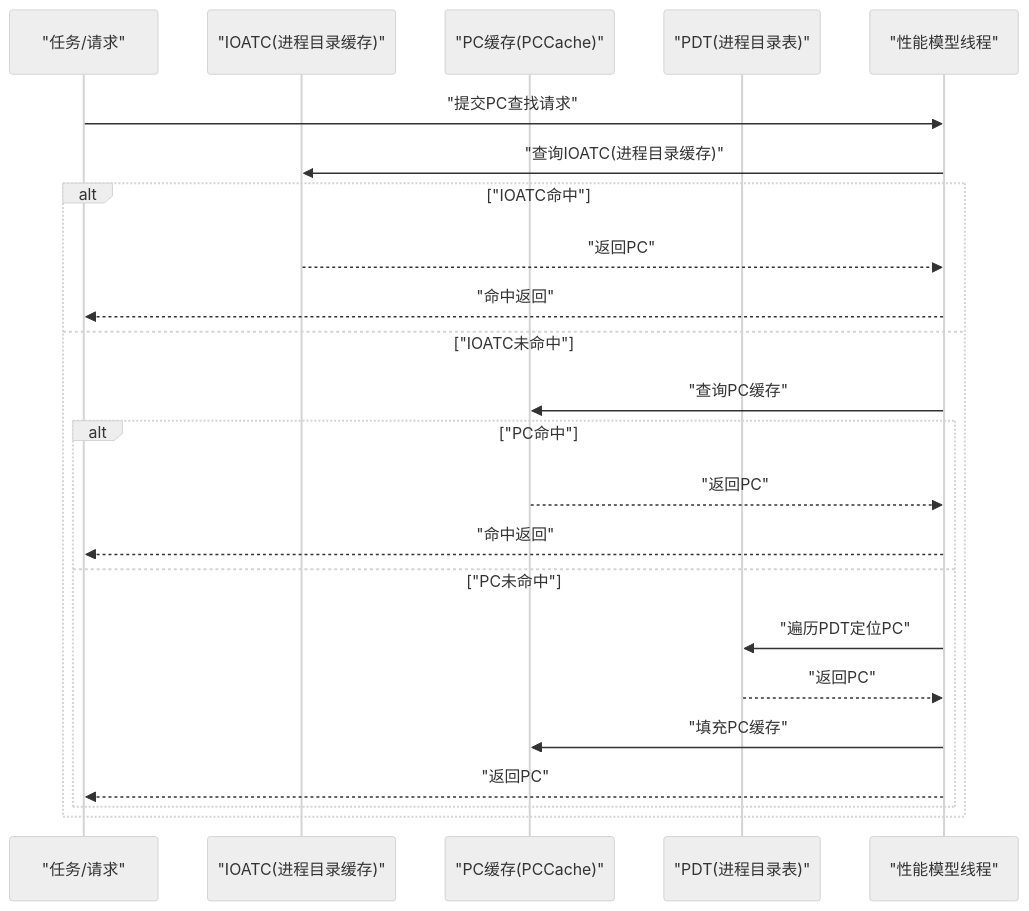
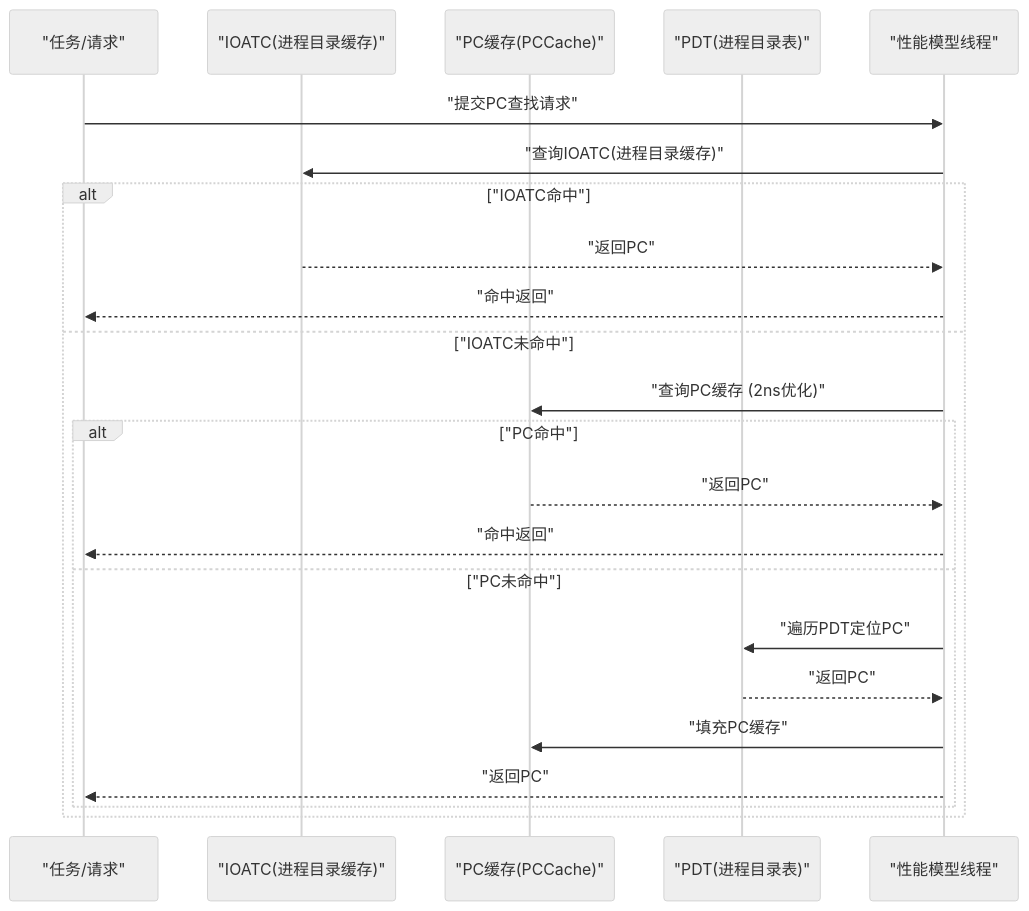
One commit to jiangjiang1122/iommu_model_20260401_v1 changed the second of 6 diagrams in .qoder/repowiki/zh/content/缓存系统/PC缓存（进程上下文缓存）.md. Above: the diagram before and after it, drawn with Mermaid (neutral theme). The commit also changed other lines of this file and 55 other files, not shown here.

````diff
--- a/.qoder/repowiki/zh/content/缓存系统/PC缓存（进程上下文缓存）.md
+++ b/.qoder/repowiki/zh/content/缓存系统/PC缓存（进程上下文缓存）.md
@@ -120,25 +121,25 @@
 ```mermaid
 sequenceDiagram
 participant T as "任务/请求"
 participant IOATC as "IOATC(进程目录缓存)"
 participant PC as "PC缓存(PCCache)"
 participant PDT as "PDT(进程目录表)"
 participant PM as "性能模型线程"
 T->>PM : "提交PC查找请求"
 PM->>IOATC : "查询IOATC(进程目录缓存)"
 alt "IOATC命中"
 IOATC-->>PM : "返回PC"
 PM-->>T : "命中返回"
 else "IOATC未命中"
-PM->>PC : "查询PC缓存"
+PM->>PC : "查询PC缓存 (2ns优化)"
 alt "PC命中"
 PC-->>PM : "返回PC"
 PM-->>T : "命中返回"
 else "PC未命中"
 PM->>PDT : "遍历PDT定位PC"
 PDT-->>PM : "返回PC"
 PM->>PC : "填充PC缓存"
 PM-->>T : "返回PC"
 end
 end
 ```
````
